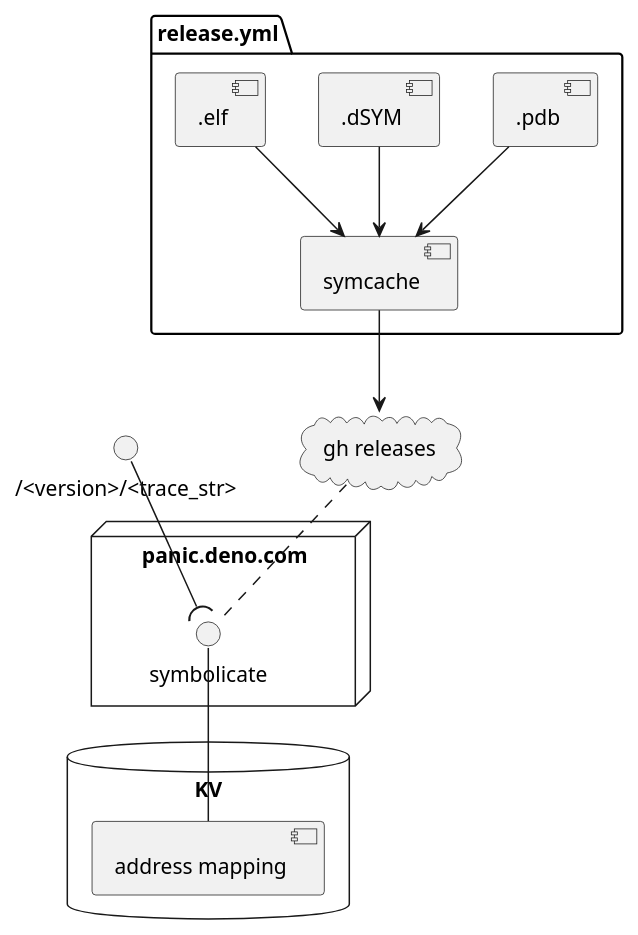
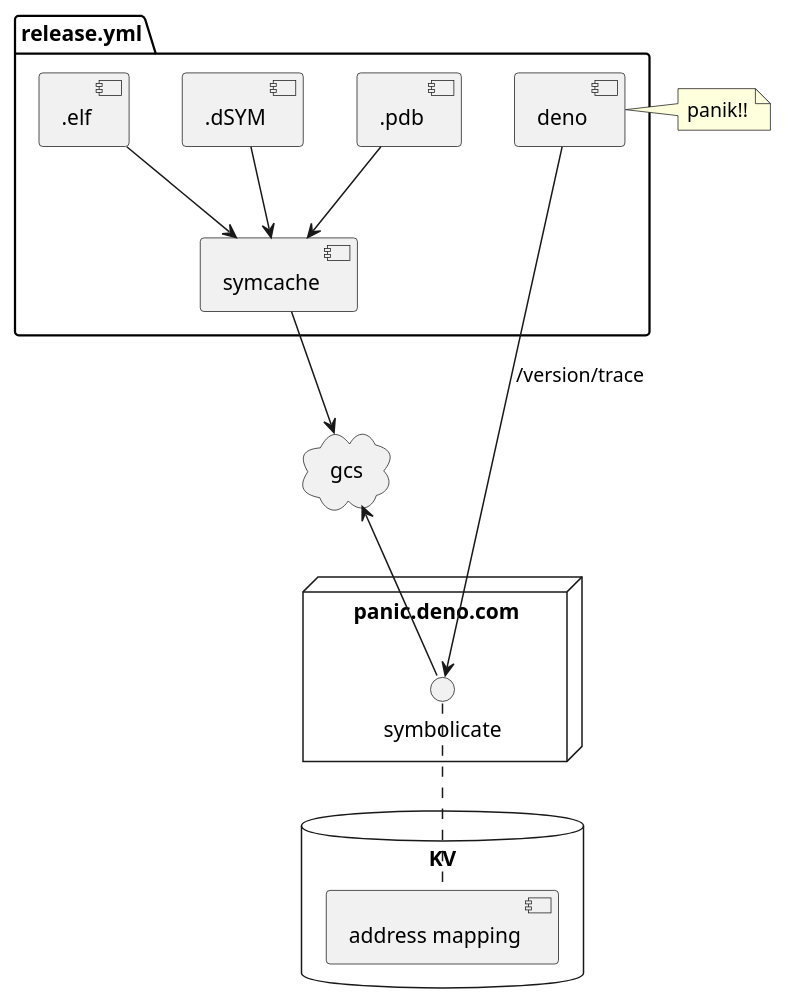
Before and after one commit to denoland/panic: the diagram in diagram.puml, drawn with PlantUML. The commit also changed 3 other files, not shown here.

```diff
--- a/diagram.puml
+++ b/diagram.puml
@@ -1,32 +1,37 @@
 @startuml
 
 package "release.yml" {
+  component [deno] as Deno
+  
   component [.pdb] as Pdb
   component [.dSYM] as Dsym
   component [.elf] as Elf
   component [symcache] as Symcache
 }
 
-cloud "gh releases" {
+cloud "gcs" {
 
 }
 
 node "panic.deno.com" {
   interface symbolicate
 }
 
 database "KV" {
   [address mapping]
 }
 
+
 Pdb -down-> Symcache
 Dsym -down-> Symcache
 Elf -down-> Symcache
-Symcache -down-> "gh releases"
+Symcache -down-> "gcs"
 
-"gh releases" .. symbolicate
-"/<version>/<trace_str>" -down-( symbolicate
+Deno -down-> symbolicate: "/version/trace"
+symbolicate -up-> "gcs"
 
-symbolicate -down- [address mapping]
+symbolicate .. [address mapping]
+
+note right of Deno: panik!!
 
 @enduml
```
